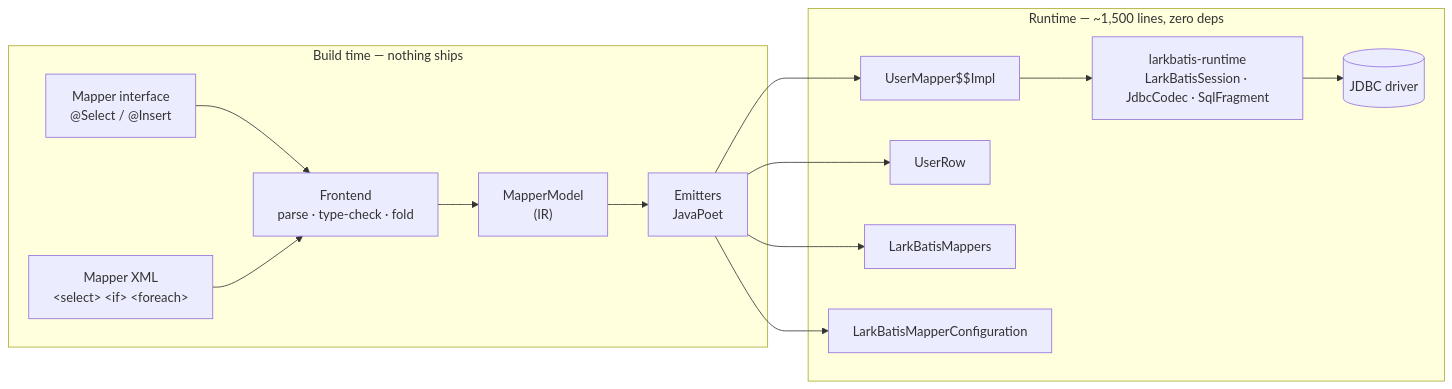
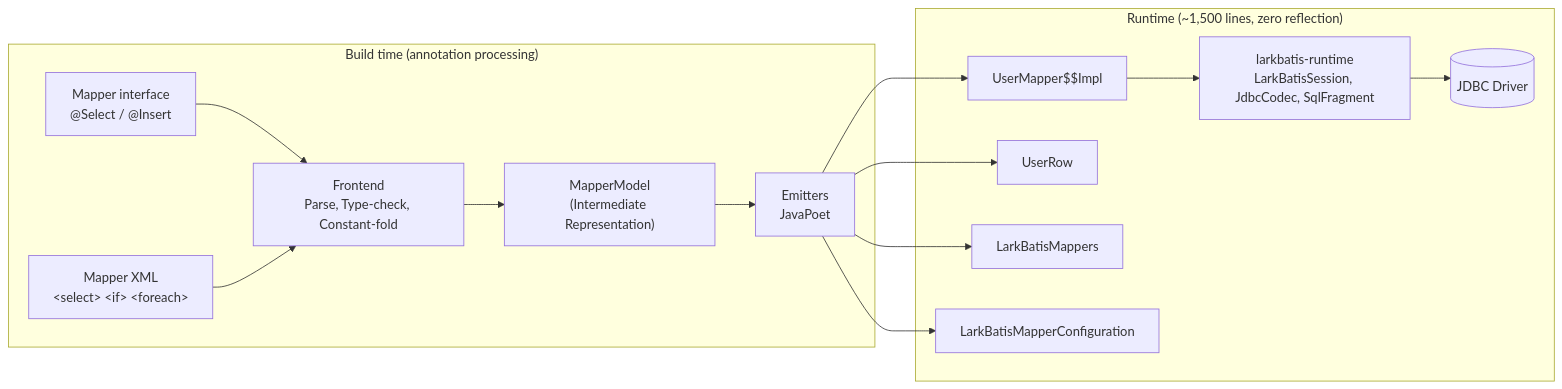
The diagram in docs/wiki/architecture.md (larkbatis/larkbatis.github.io), drawn with Mermaid before and after one commit. The commit also changed other lines of this file and 33 other files, not shown here.

````diff
--- a/docs/wiki/architecture.md
+++ b/docs/wiki/architecture.md
@@ -6,17 +5,17 @@
 ```mermaid
 flowchart LR
-    subgraph build["Build time — nothing ships"]
+    subgraph build["Build time (annotation processing)"]
         A["Mapper interface<br/>@Select / @Insert"] --> F
         B["Mapper XML<br/>&lt;select&gt; &lt;if&gt; &lt;foreach&gt;"] --> F
-        F["Frontend<br/>parse · type-check · fold"] --> IR["MapperModel<br/>(IR)"]
+        F["Frontend<br/>Parse, Type-check, Constant-fold"] --> IR["MapperModel<br/>(Intermediate Representation)"]
         IR --> E["Emitters<br/>JavaPoet"]
     end
-    subgraph run["Runtime — ~1,500 lines, zero deps"]
+    subgraph run["Runtime (~1,500 lines, zero reflection)"]
         E --> G1["UserMapper$$Impl"]
         E --> G2["UserRow"]
         E --> G3["LarkBatisMappers"]
         E --> G4["LarkBatisMapperConfiguration"]
-        G1 --> RT["larkbatis-runtime<br/>LarkBatisSession · JdbcCodec · SqlFragment"]
-        RT --> JDBC[("JDBC driver")]
+        G1 --> RT["larkbatis-runtime<br/>LarkBatisSession, JdbcCodec, SqlFragment"]
+        RT --> JDBC[("JDBC Driver")]
     end
 ```
````
